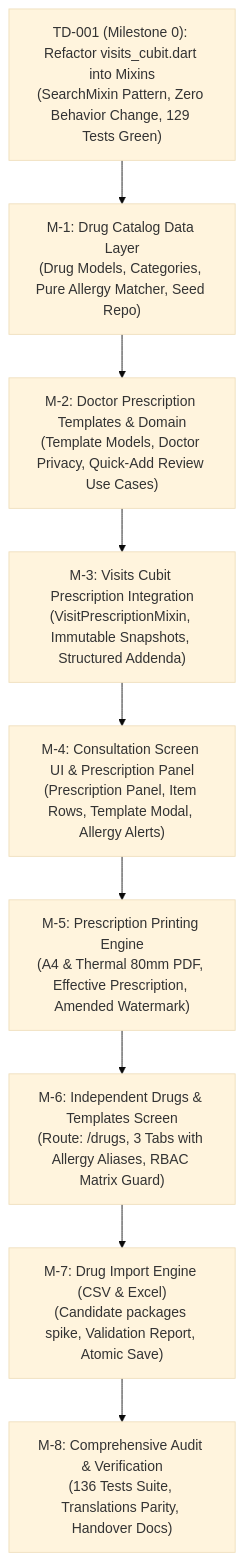
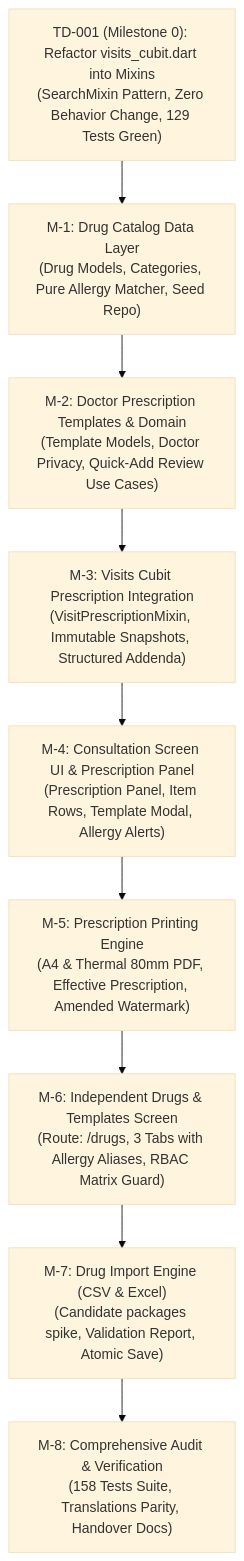
One commit to osama-Hassan20/nabd changed the second of 2 diagrams in docs/plans/F-04b-drugs-prescriptions.md. Above: the diagram before and after it, drawn with Mermaid (base theme). The commit also changed other lines of this file and 1 other file, not shown here.

Commit message:
docs(F-04b): clinical matcher, addendum and audit patch

````diff
--- a/docs/plans/F-04b-drugs-prescriptions.md
+++ b/docs/plans/F-04b-drugs-prescriptions.md
@@ -684,11 +847,11 @@
 ```mermaid
 flowchart TD
     TD0["TD-001 (Milestone 0): Refactor visits_cubit.dart into Mixins<br>(SearchMixin Pattern, Zero Behavior Change, 129 Tests Green)"] --> M1["M-1: Drug Catalog Data Layer<br>(Drug Models, Categories, Pure Allergy Matcher, Seed Repo)"]
     M1 --> M2["M-2: Doctor Prescription Templates & Domain<br>(Template Models, Doctor Privacy, Quick-Add Review Use Cases)"]
     M2 --> M3["M-3: Visits Cubit Prescription Integration<br>(VisitPrescriptionMixin, Immutable Snapshots, Structured Addenda)"]
     M3 --> M4["M-4: Consultation Screen UI & Prescription Panel<br>(Prescription Panel, Item Rows, Template Modal, Allergy Alerts)"]
     M4 --> M5["M-5: Prescription Printing Engine<br>(A4 & Thermal 80mm PDF, Effective Prescription, Amended Watermark)"]
     M5 --> M6["M-6: Independent Drugs & Templates Screen<br>(Route: /drugs, 3 Tabs with Allergy Aliases, RBAC Matrix Guard)"]
     M6 --> M7["M-7: Drug Import Engine (CSV & Excel)<br>(Candidate packages spike, Validation Report, Atomic Save)"]
-    M7 --> M8["M-8: Comprehensive Audit & Verification<br>(136 Tests Suite, Translations Parity, Handover Docs)"]
+    M7 --> M8["M-8: Comprehensive Audit & Verification<br>(158 Tests Suite, Translations Parity, Handover Docs)"]
 ```
````
